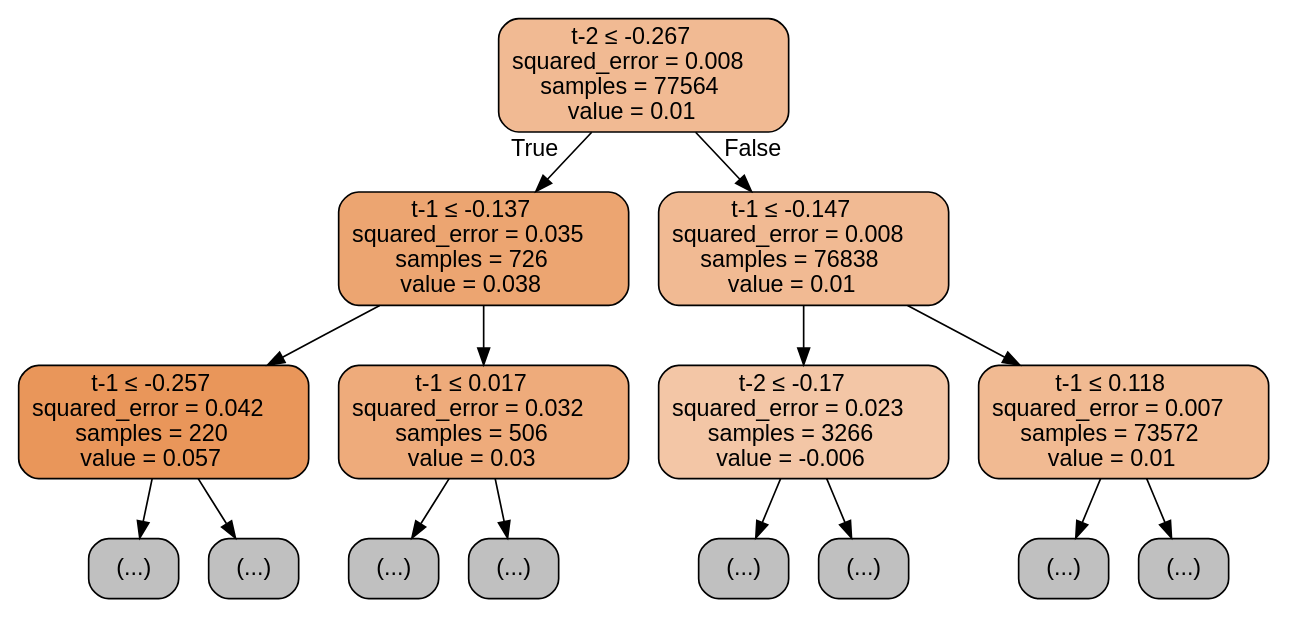
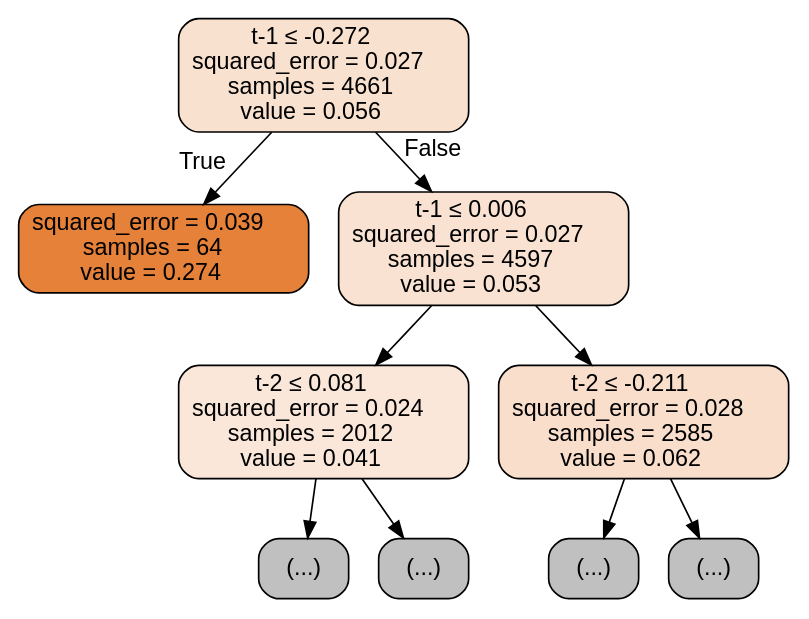
Before and after one commit to roboadvisor-fiuba/portfolio-predictor: the diagram in notebooks/results/decision_trees/reg_tree_t2.dot, drawn with Graphviz. The commit also changed 11 other files, not shown here.

```diff
--- a/notebooks/results/decision_trees/reg_tree_t2.dot
+++ b/notebooks/results/decision_trees/reg_tree_t2.dot
@@ -1,33 +1,21 @@
 digraph Tree {
 node [shape=box, style="filled, rounded", color="black", fontname="helvetica"] ;
 edge [fontname="helvetica"] ;
-0 [label=<t-2 &le; -0.267<br/>squared_error = 0.008<br/>samples = 77564<br/>value = 0.01>, fillcolor="#f1ba93"] ;
-1 [label=<t-1 &le; -0.137<br/>squared_error = 0.035<br/>samples = 726<br/>value = 0.038>, fillcolor="#eca571"] ;
+0 [label=<t-1 &le; -0.272<br/>squared_error = 0.027<br/>samples = 4661<br/>value = 0.056>, fillcolor="#f9e1cf"] ;
+1 [label=<squared_error = 0.039<br/>samples = 64<br/>value = 0.274>, fillcolor="#e58139"] ;
 0 -> 1 [labeldistance=2.5, labelangle=45, headlabel="True"] ;
-2 [label=<t-1 &le; -0.257<br/>squared_error = 0.042<br/>samples = 220<br/>value = 0.057>, fillcolor="#e9965a"] ;
-1 -> 2 ;
-3 [label="(...)", fillcolor="#C0C0C0"] ;
+2 [label=<t-1 &le; 0.006<br/>squared_error = 0.027<br/>samples = 4597<br/>value = 0.053>, fillcolor="#f9e2d1"] ;
+0 -> 2 [labeldistance=2.5, labelangle=-45, headlabel="False"] ;
+3 [label=<t-2 &le; 0.081<br/>squared_error = 0.024<br/>samples = 2012<br/>value = 0.041>, fillcolor="#fae7da"] ;
 2 -> 3 ;
 4 [label="(...)", fillcolor="#C0C0C0"] ;
-2 -> 4 ;
-7 [label=<t-1 &le; 0.017<br/>squared_error = 0.032<br/>samples = 506<br/>value = 0.03>, fillcolor="#eeab7b"] ;
-1 -> 7 ;
-8 [label="(...)", fillcolor="#C0C0C0"] ;
-7 -> 8 ;
-13 [label="(...)", fillcolor="#C0C0C0"] ;
-7 -> 13 ;
-20 [label=<t-1 &le; -0.147<br/>squared_error = 0.008<br/>samples = 76838<br/>value = 0.01>, fillcolor="#f1ba93"] ;
-0 -> 20 [labeldistance=2.5, labelangle=-45, headlabel="False"] ;
-21 [label=<t-2 &le; -0.17<br/>squared_error = 0.023<br/>samples = 3266<br/>value = -0.006>, fillcolor="#f3c6a6"] ;
-20 -> 21 ;
-22 [label="(...)", fillcolor="#C0C0C0"] ;
-21 -> 22 ;
-29 [label="(...)", fillcolor="#C0C0C0"] ;
-21 -> 29 ;
-44 [label=<t-1 &le; 0.118<br/>squared_error = 0.007<br/>samples = 73572<br/>value = 0.01>, fillcolor="#f1ba92"] ;
-20 -> 44 ;
-45 [label="(...)", fillcolor="#C0C0C0"] ;
-44 -> 45 ;
-58 [label="(...)", fillcolor="#C0C0C0"] ;
-44 -> 58 ;
+3 -> 4 ;
+15 [label="(...)", fillcolor="#C0C0C0"] ;
+3 -> 15 ;
+22 [label=<t-2 &le; -0.211<br/>squared_error = 0.028<br/>samples = 2585<br/>value = 0.062>, fillcolor="#f8decb"] ;
+2 -> 22 ;
+23 [label="(...)", fillcolor="#C0C0C0"] ;
+22 -> 23 ;
+26 [label="(...)", fillcolor="#C0C0C0"] ;
+22 -> 26 ;
 }
```
